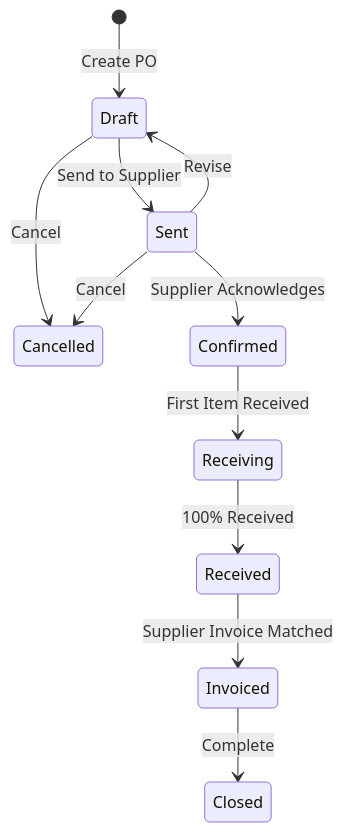
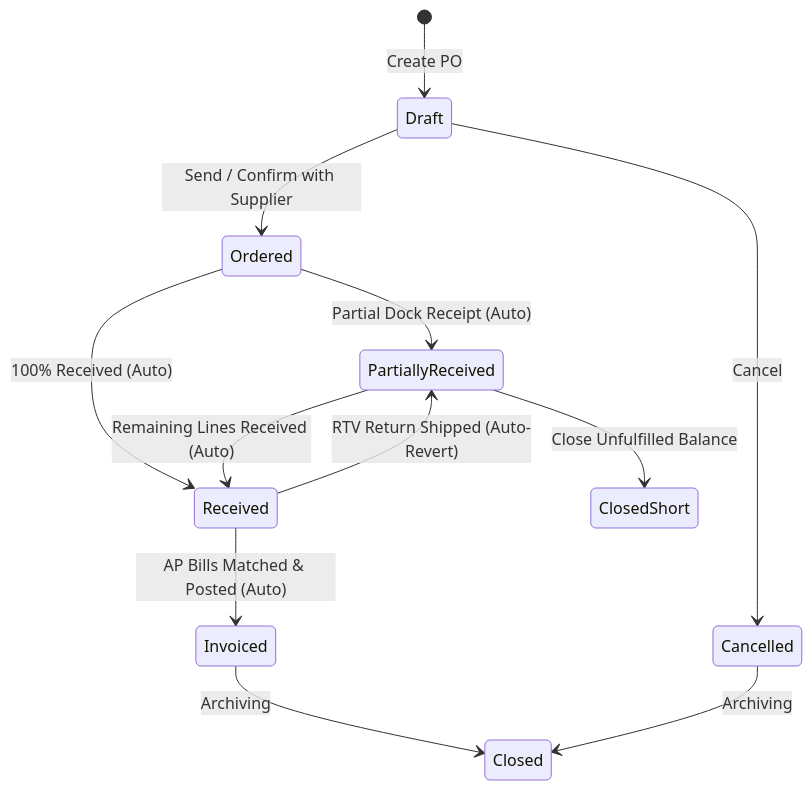
The diagram in docs/user/purchase_order_management.md (herobmdotcom/herobm), drawn with Mermaid before and after one commit. The commit also changed other lines of this file and 168 other files, not shown here.

````diff
--- a/docs/user/purchase_order_management.md
+++ b/docs/user/purchase_order_management.md
@@ -49,15 +49,17 @@
 ```mermaid
 stateDiagram-v2
     [*] --> Draft : Create PO
-    Draft --> Sent : Send to Supplier
+    Draft --> Ordered : Send / Confirm with Supplier
     Draft --> Cancelled : Cancel
 
-    Sent --> Confirmed : Supplier Acknowledges
-    Sent --> Draft : Revise
-    Sent --> Cancelled : Cancel
+    Ordered --> PartiallyReceived : Partial Dock Receipt (Auto)
+    Ordered --> Received : 100% Received (Auto)
+    PartiallyReceived --> Received : Remaining Lines Received (Auto)
 
-    Confirmed --> Receiving : First Item Received
-    Receiving --> Received : 100% Received
-    Received --> Invoiced : Supplier Invoice Matched
-    Invoiced --> Closed : Complete
+    Received --> Invoiced : AP Bills Matched & Posted (Auto)
+    PartiallyReceived --> ClosedShort : Close Unfulfilled Balance
+    Received --> PartiallyReceived : RTV Return Shipped (Auto-Revert)
+
+    Invoiced --> Closed : Archiving
+    Cancelled --> Closed : Archiving
 ```
````
